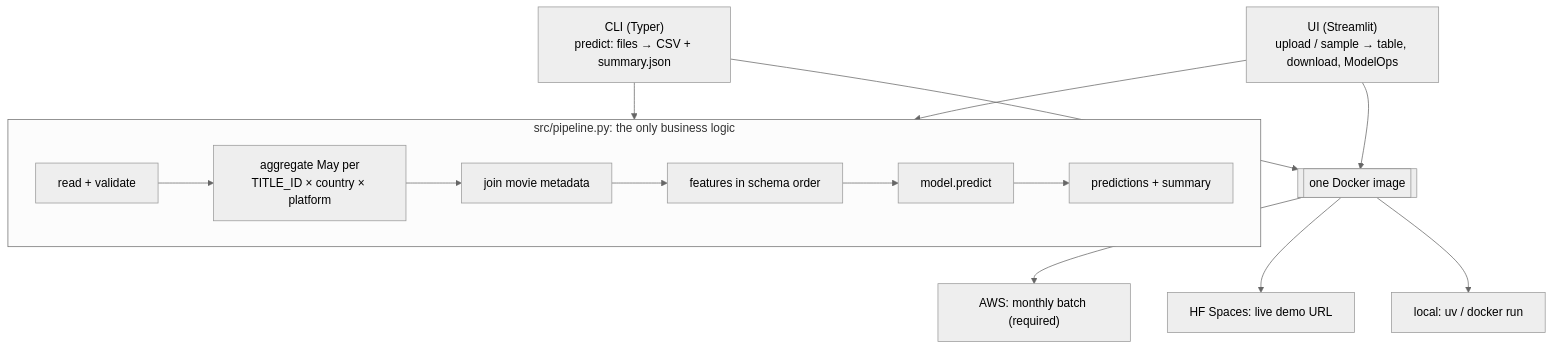
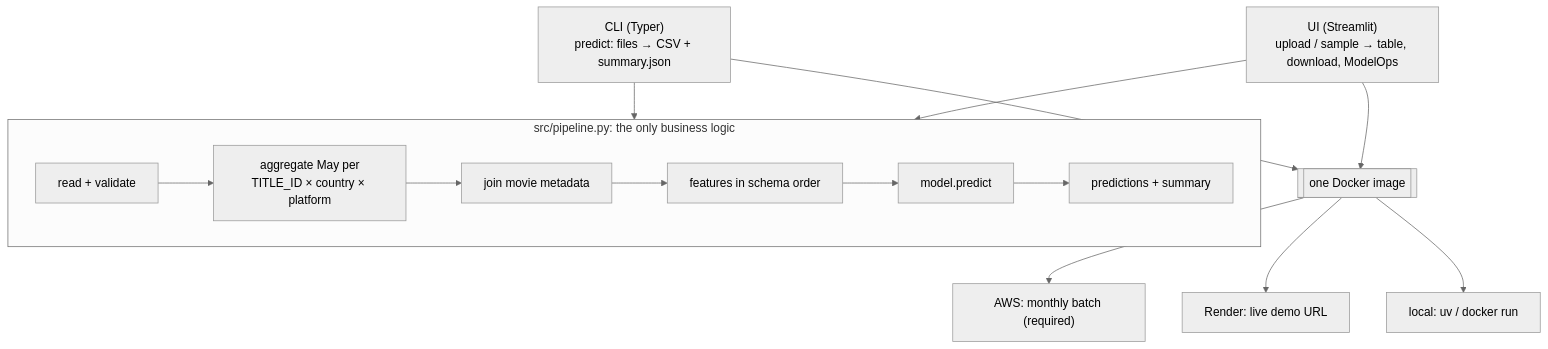
One commit to emiliomunozai/movie-streams-forecast changed the first of 2 diagrams in docs/ARCHITECTURE.md. Above: the diagram before and after it, drawn with Mermaid (neutral theme). The commit also changed other lines of this file and 6 other files, not shown here.

````diff
--- a/docs/ARCHITECTURE.md
+++ b/docs/ARCHITECTURE.md
@@ -5,13 +5,13 @@
 ```mermaid
 flowchart TB
     subgraph core["src/pipeline.py: the only business logic"]
         direction LR
         A["read + validate"] --> B["aggregate May per<br/>TITLE_ID × country × platform"] --> C["join movie metadata"] --> D["features in schema order"] --> E["model.predict"] --> F["predictions + summary"]
     end
     CLI["CLI (Typer)<br/>predict: files → CSV + summary.json"] --> core
     UI["UI (Streamlit)<br/>upload / sample → table, download, ModelOps"] --> core
     CLI & UI --> IMG[["one Docker image"]]
     IMG --> AWS["AWS: monthly batch (required)"]
-    IMG --> HF["HF Spaces: live demo URL"]
+    IMG --> HF["Render: live demo URL"]
     IMG --> LOCAL["local: uv / docker run"]
 ```
````
